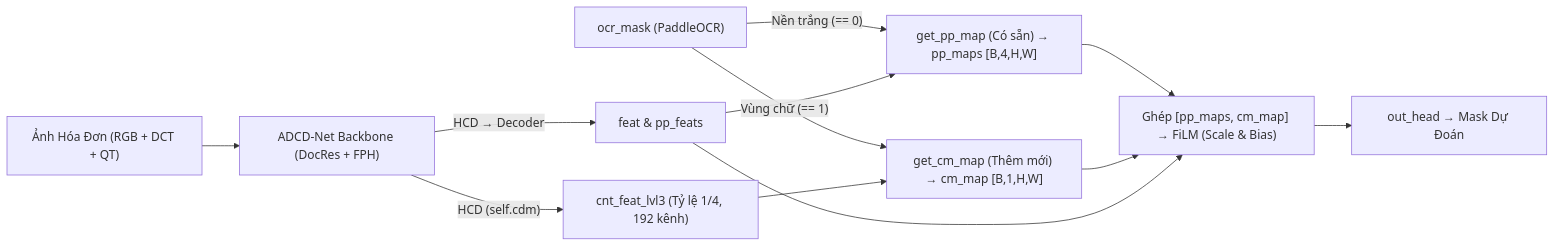
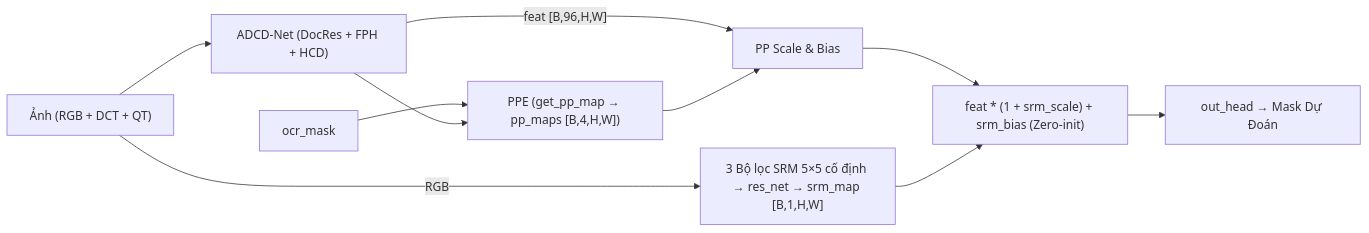
Before and after one commit to ductdadamn/DIFDL: the diagram in MASTER_PLAN.md, drawn with Mermaid. The commit also changed other lines of this file and 5 other files, not shown here.

````diff
--- a/MASTER_PLAN.md
+++ b/MASTER_PLAN.md
@@ -99,14 +100,12 @@
 ```mermaid
 flowchart LR
-    IMG["Ảnh Hóa Đơn (RGB + DCT + QT)"] --> ENC["ADCD-Net Backbone (DocRes + FPH)"]
-    ENC -->|"HCD (self.cdm)"| CNT["cnt_feat_lvl3 (Tỷ lệ 1/4, 192 kênh)"]
-    ENC -->|"HCD → Decoder"| FRG["feat & pp_feats"]
-    OCR["ocr_mask (PaddleOCR)"] -->|"Nền trắng (== 0)"| PPE["get_pp_map (Có sẵn) → pp_maps [B,4,H,W]"]
-    OCR -->|"Vùng chữ (== 1)"| CM["get_cm_map (Thêm mới) → cm_map [B,1,H,W]"]
-    CNT --> CM
-    FRG --> PPE
-    PPE --> FUSE["Ghép [pp_maps, cm_map] → FiLM (Scale & Bias)"]
-    CM --> FUSE
-    FRG --> FUSE
+    IMG["Ảnh (RGB + DCT + QT)"] --> ENC["ADCD-Net (DocRes + FPH + HCD)"]
+    OCR["ocr_mask"] --> PPE["PPE (get_pp_map → pp_maps [B,4,H,W])"]
+    ENC --> PPE
+    ENC -->|"feat [B,96,H,W]"| MOD["PP Scale & Bias"]
+    PPE --> MOD
+    IMG -->|"RGB"| SRM["3 Bộ lọc SRM 5×5 cố định → res_net → srm_map [B,1,H,W]"]
+    MOD --> FUSE["feat * (1 + srm_scale) + srm_bias (Zero-init)"]
+    SRM --> FUSE
     FUSE --> OUT["out_head → Mask Dự Đoán"]
 ```
````
